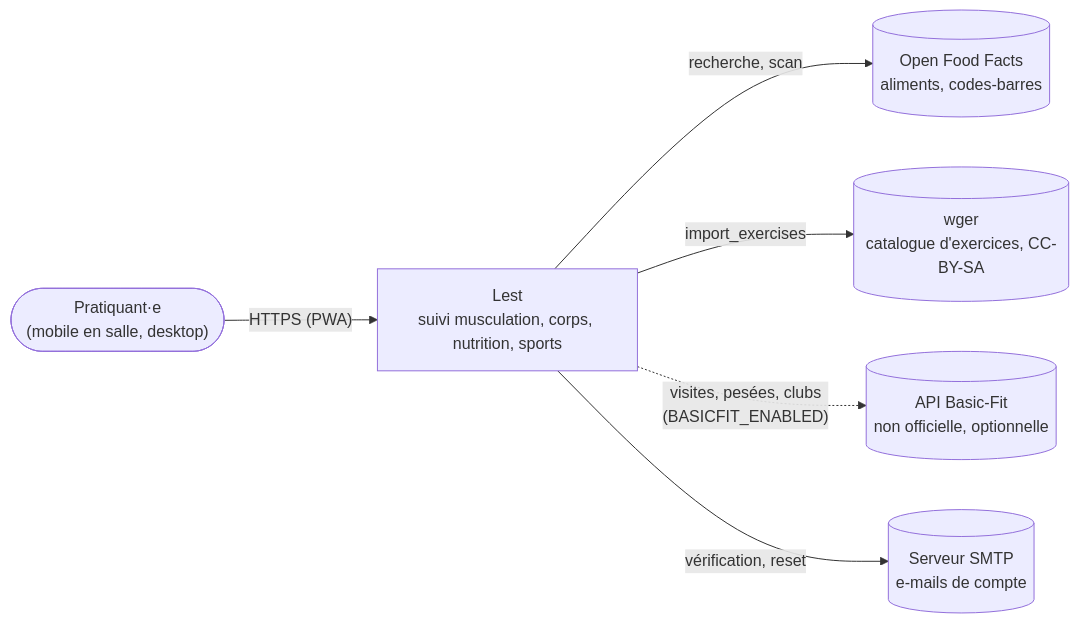
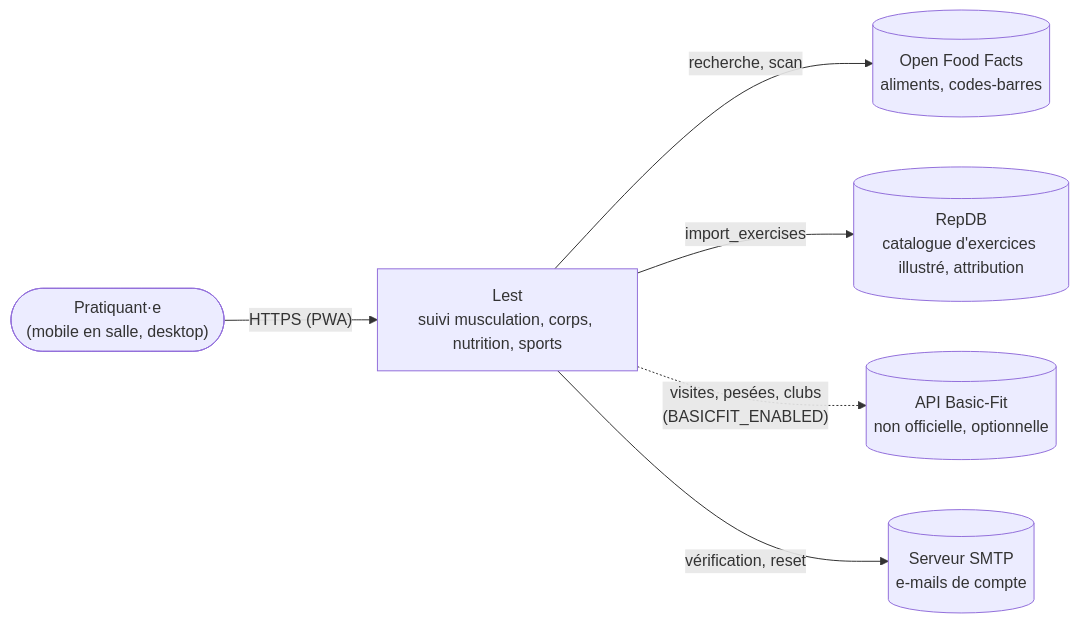
Before and after one commit to AntoineCvlz/lest: the first of 2 diagrams in docs/architecture.md, drawn with Mermaid. The commit also changed 48 other files, not shown here.

````diff
--- a/docs/architecture.md
+++ b/docs/architecture.md
@@ -8,15 +8,15 @@
 ```mermaid
 flowchart LR
     user(["Pratiquant·e<br/>(mobile en salle, desktop)"])
     lest["Lest<br/>suivi musculation, corps, nutrition, sports"]
     off[("Open Food Facts<br/>aliments, codes-barres")]
-    wger[("wger<br/>catalogue d'exercices, CC-BY-SA")]
+    repdb[("RepDB<br/>catalogue d'exercices illustré, attribution")]
     bf[("API Basic-Fit<br/>non officielle, optionnelle")]
     mail[("Serveur SMTP<br/>e-mails de compte")]
 
     user -- "HTTPS (PWA)" --> lest
     lest -- "recherche, scan" --> off
-    lest -- "import_exercises" --> wger
+    lest -- "import_exercises" --> repdb
     lest -. "visites, pesées, clubs<br/>(BASICFIT_ENABLED)" .-> bf
     lest -- "vérification, reset" --> mail
 ```
````
